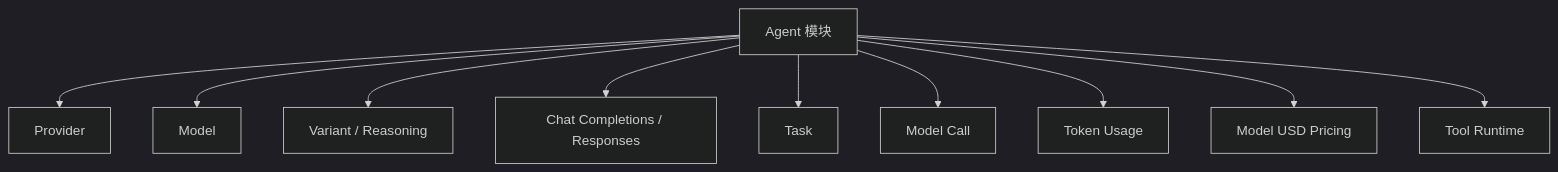
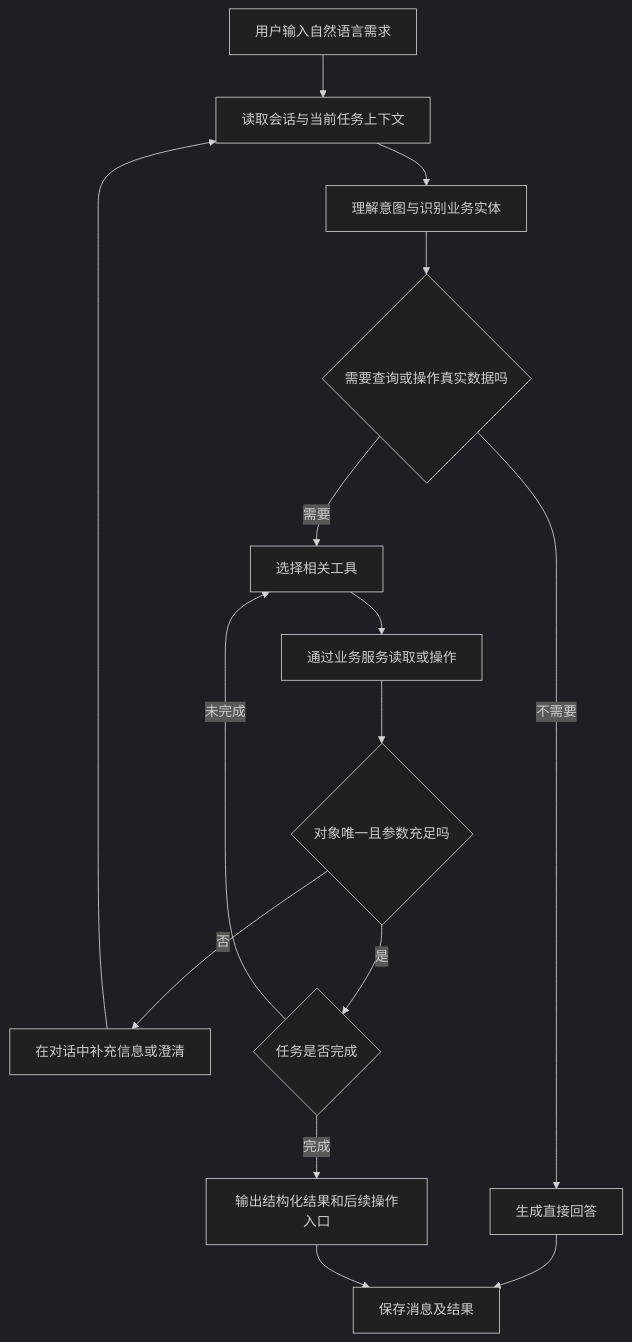
The diagram in docs/system-design/07-Agent/Agent模块.md (sxyq/mastergoods), drawn with Mermaid (dark theme) before and after one commit. The commit also changed other lines of this file, not shown here.

Commit message:
docs(agent): redefine conversational agent scope and 17-module design roadmap

````diff
--- a/docs/system-design/07-Agent/Agent模块.md
+++ b/docs/system-design/07-Agent/Agent模块.md
@@ -10,14 +65,17 @@
-```mermaid
+~~~mermaid
 flowchart TD
-    A[Agent 模块]
-
-    A --> P[Provider]
-    A --> M[Model]
-    A --> V[Variant / Reasoning]
-    A --> F[Chat Completions / Responses]
-    A --> TASK[Task]
-    A --> CALL[Model Call]
-    A --> USAGE[Token Usage]
-    A --> USD[Model USD Pricing]
-    A --> TOOL[Tool Runtime]
-```
+    A[用户输入自然语言需求] --> B[读取会话与当前任务上下文]
+    B --> C[理解意图与识别业务实体]
+    C --> D{需要查询或操作真实数据吗}
+    D -->|不需要| E[生成直接回答]
+    D -->|需要| F[选择相关工具]
+    F --> G[通过业务服务读取或操作]
+    G --> H{对象唯一且参数充足吗}
+    H -->|否| I[在对话中补充信息或澄清]
+    I --> B
+    H -->|是| J{任务是否完成}
+    J -->|未完成| F
+    J -->|完成| K[输出结构化结果和后续操作入口]
+    E --> L[保存消息及结果]
+    K --> L
+~~~
````
